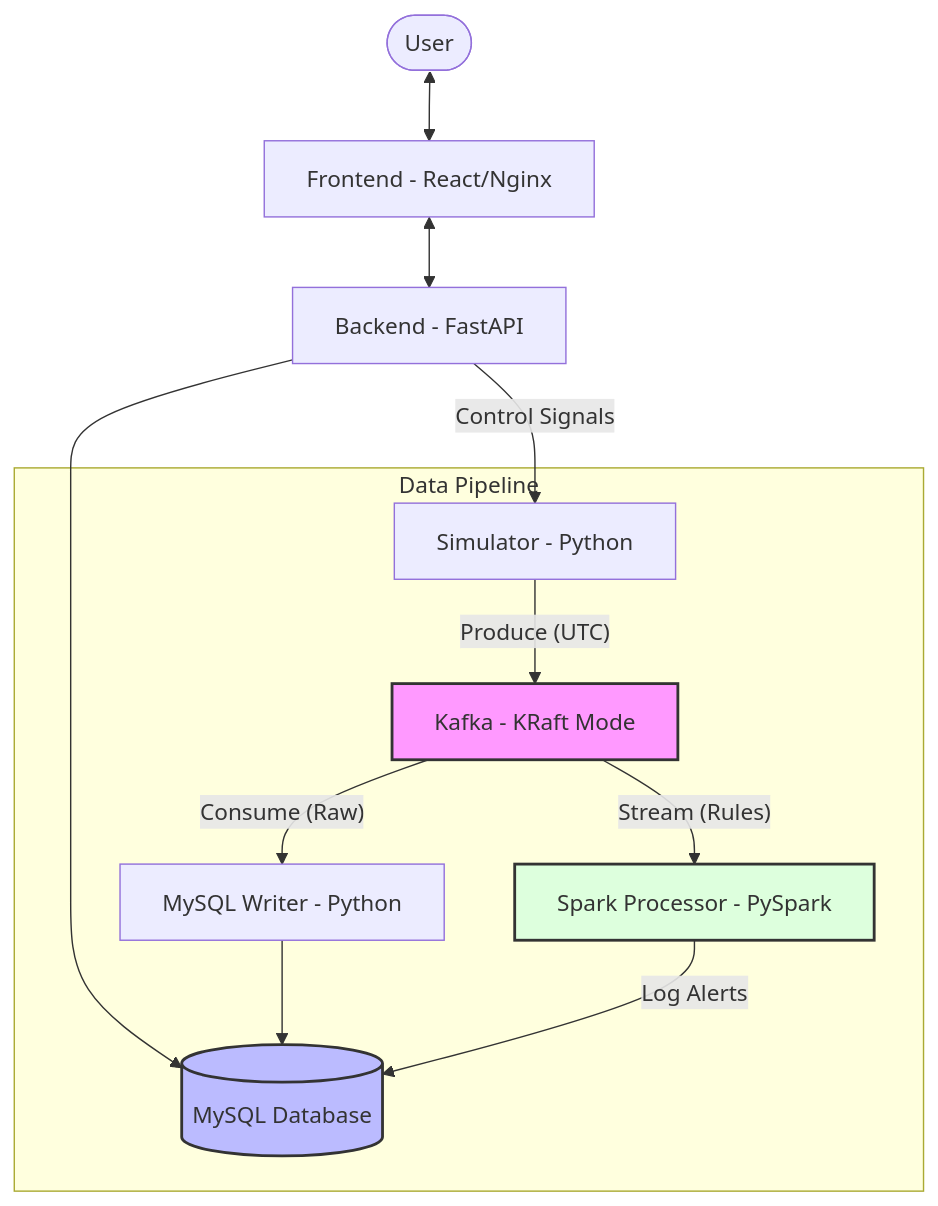
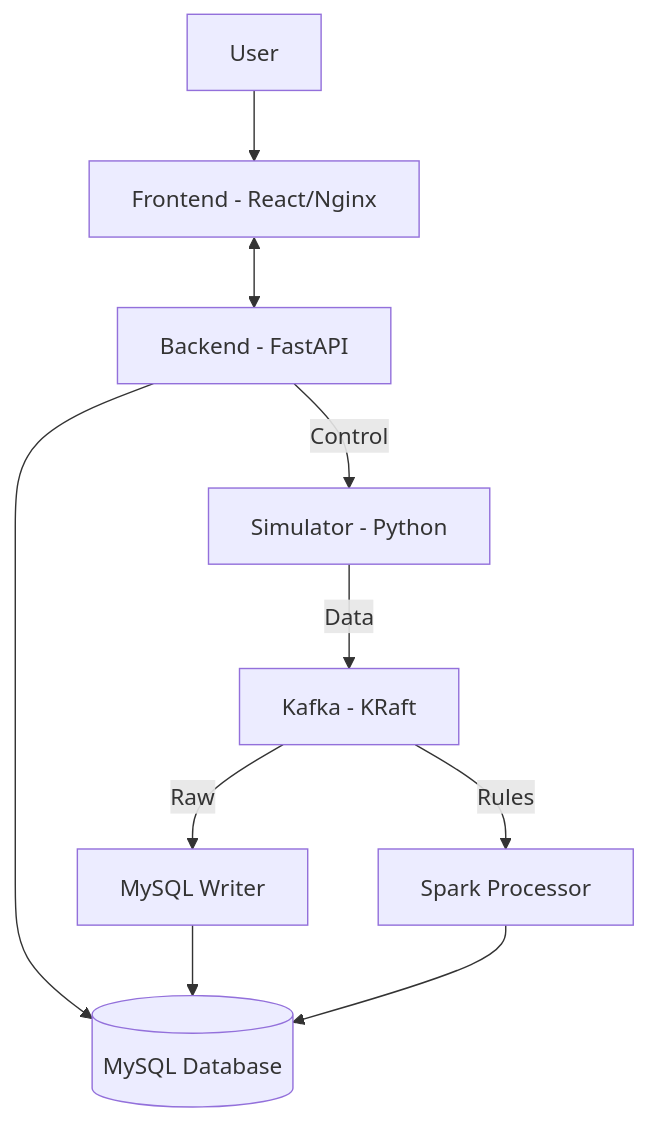
One commit to vdonthireddy/data-pipeline changed the diagram in README.md. Above: the diagram before and after it, drawn with Mermaid.

````diff
--- a/README.md
+++ b/README.md
@@ -16,20 +16,14 @@
 ```mermaid
-graph TD
-    User([User]) <--> UI[Frontend - React/Nginx]
+flowchart TD
+    User --> UI[Frontend - React/Nginx]
     UI <--> API[Backend - FastAPI]
     API --> DB[(MySQL Database)]
-    API -- Control Signals --> Sim[Simulator - Python]
+    API -- Control --> Sim[Simulator - Python]
     
-    subgraph "Data Pipeline"
-        Sim -- "Produce (UTC)" --> Kafka[Kafka - KRaft Mode]
-        Kafka -- "Consume (Raw)" --> Writer[MySQL Writer - Python]
-        Kafka -- "Stream (Rules)" --> Spark[Spark Processor - PySpark]
-        
-        Writer --> DB
-        Spark -- "Log Alerts" --> DB
-    end
+    Sim -- Data --> Kafka[Kafka - KRaft]
+    Kafka -- Raw --> Writer[MySQL Writer]
+    Kafka -- Rules --> Spark[Spark Processor]
     
-    style Kafka fill:#f9f,stroke:#333,stroke-width:2px
-    style DB fill:#bbf,stroke:#333,stroke-width:2px
-    style Spark fill:#dfd,stroke:#333,stroke-width:2px
+    Writer --> DB
+    Spark --> DB
 ```
````
